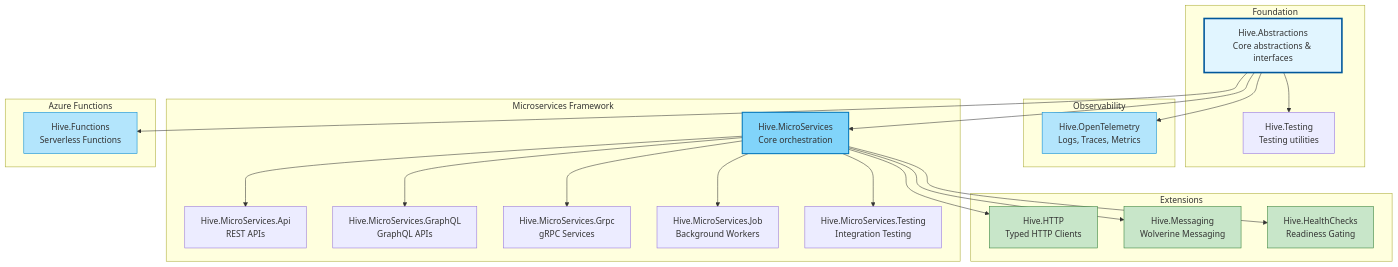
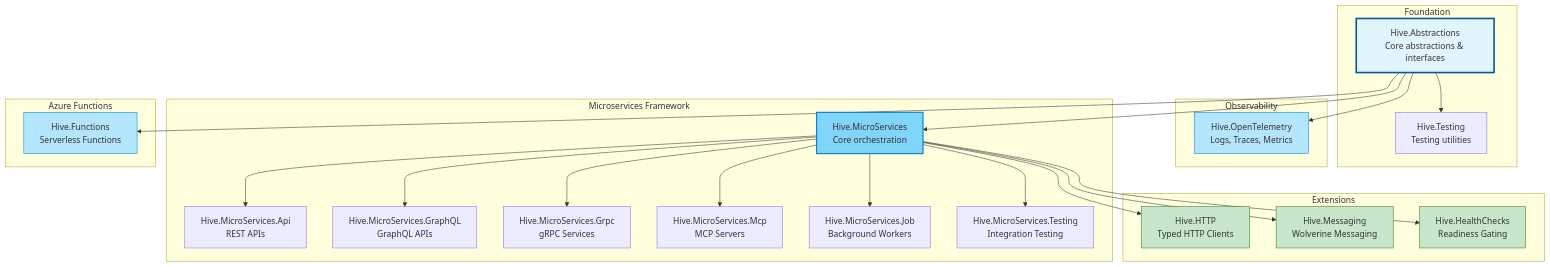
One commit to cloud-tek/hive changed the diagram in README.md. Above: the diagram before and after it, drawn with Mermaid. The commit also changed other lines of this file and 3 other files, not shown here.

First line of the commit message:
docs: document the Hive.MicroServices.Mcp pipeline mode

````diff
--- a/README.md
+++ b/README.md
@@ -80,51 +81,53 @@
 ```mermaid
 graph TB
     subgraph "Foundation"
         Abstractions[Hive.Abstractions<br/>Core abstractions & interfaces]
         Testing[Hive.Testing<br/>Testing utilities]
     end
 
     subgraph "Observability"
         OpenTelemetry[Hive.OpenTelemetry<br/>Logs, Traces, Metrics]
     end
 
     subgraph "Extensions"
         HTTP[Hive.HTTP<br/>Typed HTTP Clients]
         Messaging[Hive.Messaging<br/>Wolverine Messaging]
         HealthChecks[Hive.HealthChecks<br/>Readiness Gating]
     end
 
     subgraph "Microservices Framework"
         MicroServices[Hive.MicroServices<br/>Core orchestration]
         Api[Hive.MicroServices.Api<br/>REST APIs]
         GraphQL[Hive.MicroServices.GraphQL<br/>GraphQL APIs]
         Grpc[Hive.MicroServices.Grpc<br/>gRPC Services]
+        Mcp[Hive.MicroServices.Mcp<br/>MCP Servers]
         Job[Hive.MicroServices.Job<br/>Background Workers]
         MSTesting[Hive.MicroServices.Testing<br/>Integration Testing]
     end
 
     subgraph "Azure Functions"
         Functions[Hive.Functions<br/>Serverless Functions]
     end
 
     Abstractions --> Testing
     Abstractions --> OpenTelemetry
     Abstractions --> MicroServices
     Abstractions --> Functions
     MicroServices --> Api
     MicroServices --> GraphQL
     MicroServices --> Grpc
+    MicroServices --> Mcp
     MicroServices --> Job
     MicroServices --> MSTesting
     MicroServices --> HTTP
     MicroServices --> Messaging
     MicroServices --> HealthChecks
 
     style Abstractions fill:#e1f5ff,stroke:#01579b,stroke-width:3px
     style MicroServices fill:#81d4fa,stroke:#0277bd,stroke-width:2px
     style OpenTelemetry fill:#b3e5fc,stroke:#0288d1
     style Functions fill:#b3e5fc,stroke:#0288d1
     style HTTP fill:#c8e6c9,stroke:#2e7d32
     style Messaging fill:#c8e6c9,stroke:#2e7d32
     style HealthChecks fill:#c8e6c9,stroke:#2e7d32
 ```
````
